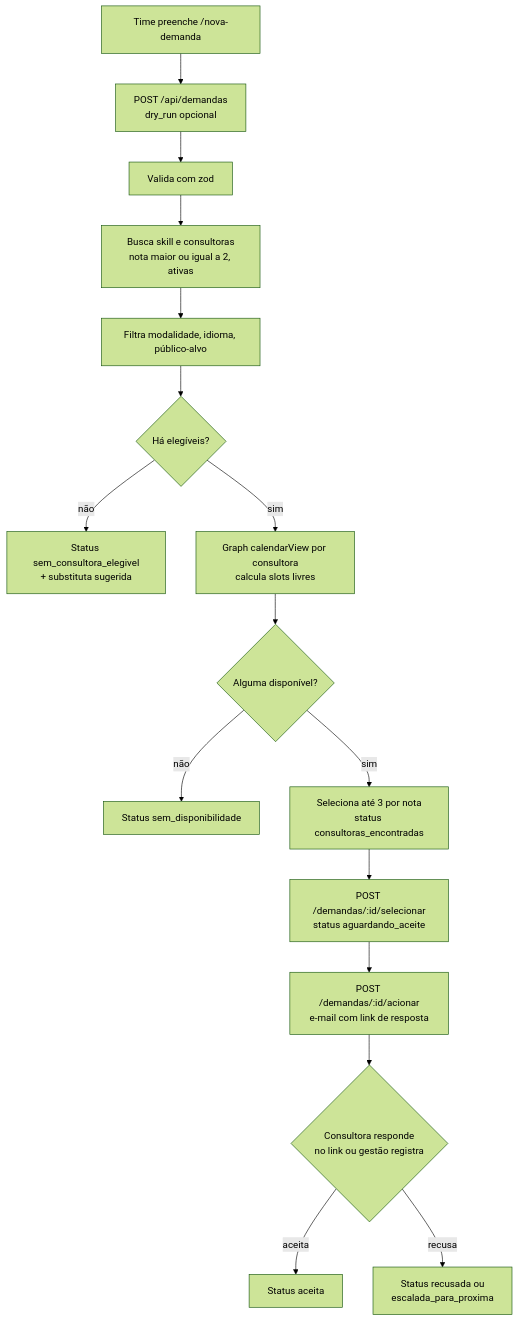
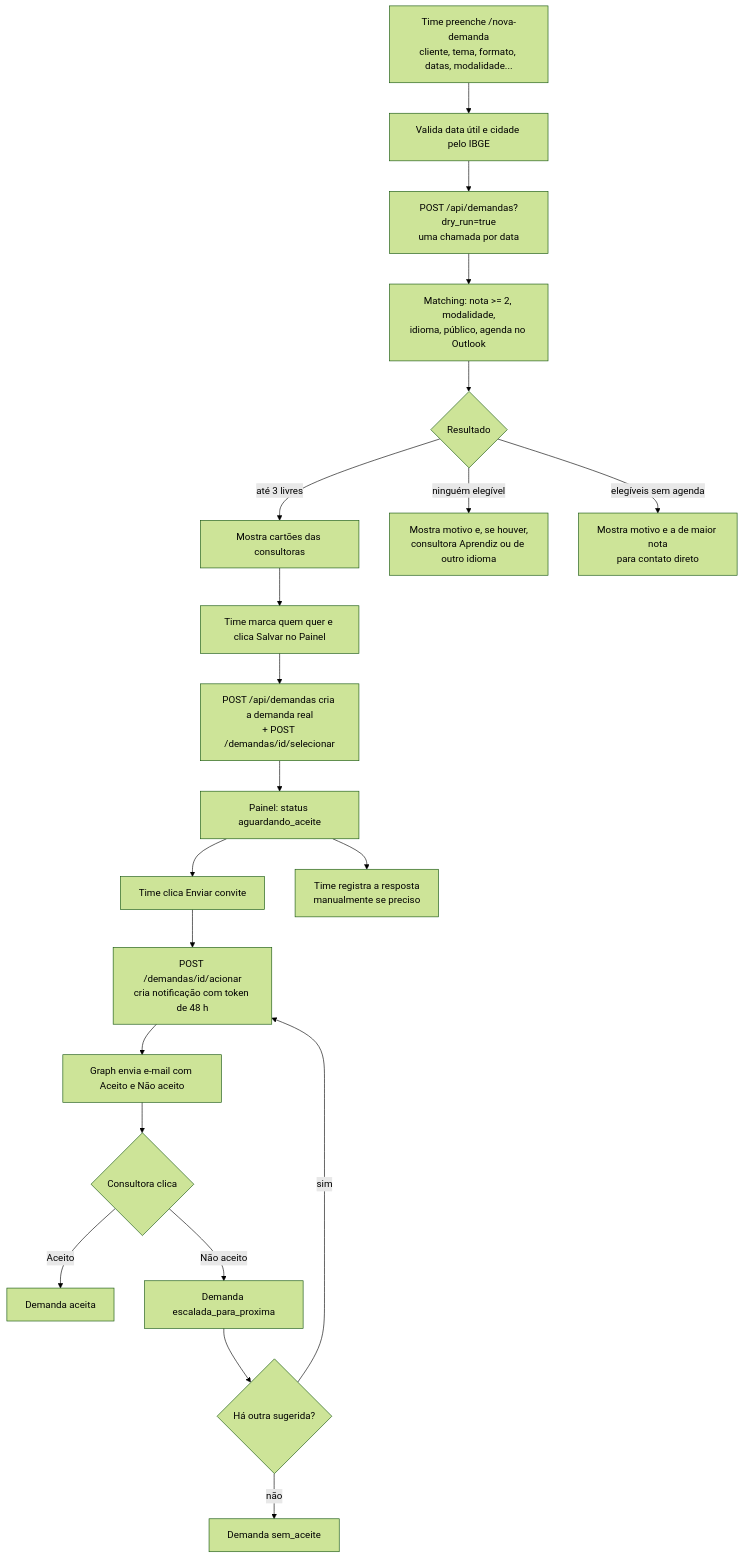
One commit to tecnologiact/buscador-ced changed the first of 3 diagrams in docs/DOCUMENTACAO-TECNICA-FUNCIONAL.md. Above: the diagram before and after it, drawn with Mermaid (forest theme). The commit also changed other lines of this file, not shown here.

Commit message:
docs: documentação completa para recriar o sistema do zero

````diff
--- a/docs/DOCUMENTACAO-TECNICA-FUNCIONAL.md
+++ b/docs/DOCUMENTACAO-TECNICA-FUNCIONAL.md
@@ -18,18 +52,23 @@
 ```mermaid
 flowchart TD
-  A[Time preenche /nova-demanda] --> B[POST /api/demandas<br/>dry_run opcional]
-  B --> C[Valida com zod]
-  C --> D[Busca skill e consultoras<br/>nota maior ou igual a 2, ativas]
-  D --> E[Filtra modalidade, idioma, público-alvo]
-  E --> F{Há elegíveis?}
-  F -- não --> G[Status sem_consultora_elegivel<br/>+ substituta sugerida]
-  F -- sim --> H[Graph calendarView por consultora<br/>calcula slots livres]
-  H --> I{Alguma disponível?}
-  I -- não --> J[Status sem_disponibilidade]
-  I -- sim --> K[Seleciona até 3 por nota<br/>status consultoras_encontradas]
-  K --> L[POST /demandas/:id/selecionar<br/>status aguardando_aceite]
-  L --> M[POST /demandas/:id/acionar<br/>e-mail com link de resposta]
-  M --> N{Consultora responde<br/>no link ou gestão registra}
-  N -- aceita --> O[Status aceita]
-  N -- recusa --> P[Status recusada ou<br/>escalada_para_proxima]
+  A[Time preenche /nova-demanda<br/>cliente, tema, formato, datas, modalidade...] --> B[Valida data útil e cidade pelo IBGE]
+  B --> C[POST /api/demandas?dry_run=true<br/>uma chamada por data]
+  C --> D[Matching: nota >= 2, modalidade,<br/>idioma, público, agenda no Outlook]
+  D --> E{Resultado}
+  E -- até 3 livres --> F[Mostra cartões das consultoras]
+  E -- ninguém elegível --> G[Mostra motivo e, se houver,<br/>consultora Aprendiz ou de outro idioma]
+  E -- elegíveis sem agenda --> H[Mostra motivo e a de maior nota<br/>para contato direto]
+  F --> I[Time marca quem quer e clica Salvar no Painel]
+  I --> J[POST /api/demandas cria a demanda real<br/>+ POST /demandas/id/selecionar]
+  J --> K[Painel: status aguardando_aceite]
+  K --> L[Time clica Enviar convite]
+  L --> M[POST /demandas/id/acionar<br/>cria notificação com token de 48 h]
+  M --> N[Graph envia e-mail com Aceito e Não aceito]
+  N --> O{Consultora clica}
+  O -- Aceito --> P[Demanda aceita]
+  O -- Não aceito --> Q[Demanda escalada_para_proxima]
+  Q --> R{Há outra sugerida?}
+  R -- sim --> M
+  R -- não --> S[Demanda sem_aceite]
+  K --> T[Time registra a resposta<br/>manualmente se preciso]
 ```
````
